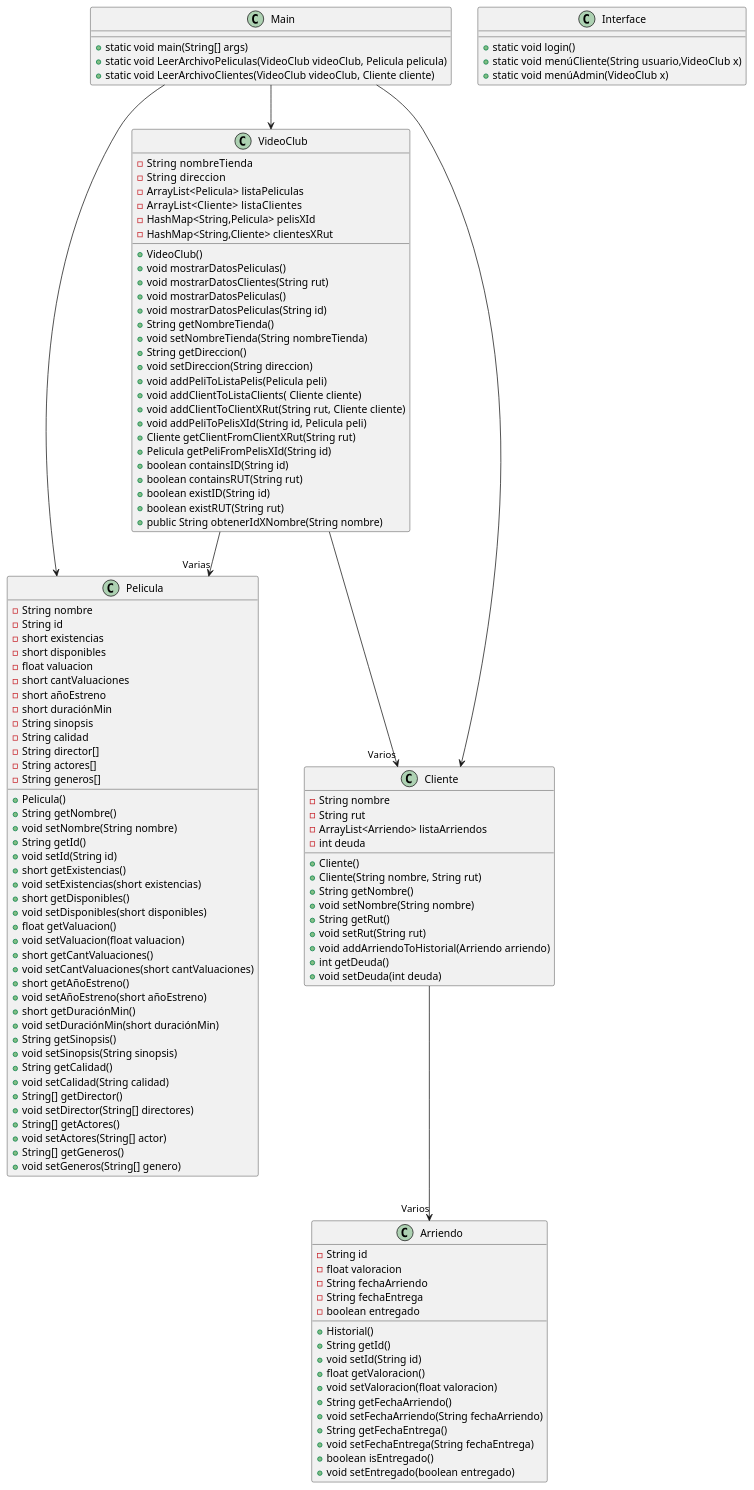
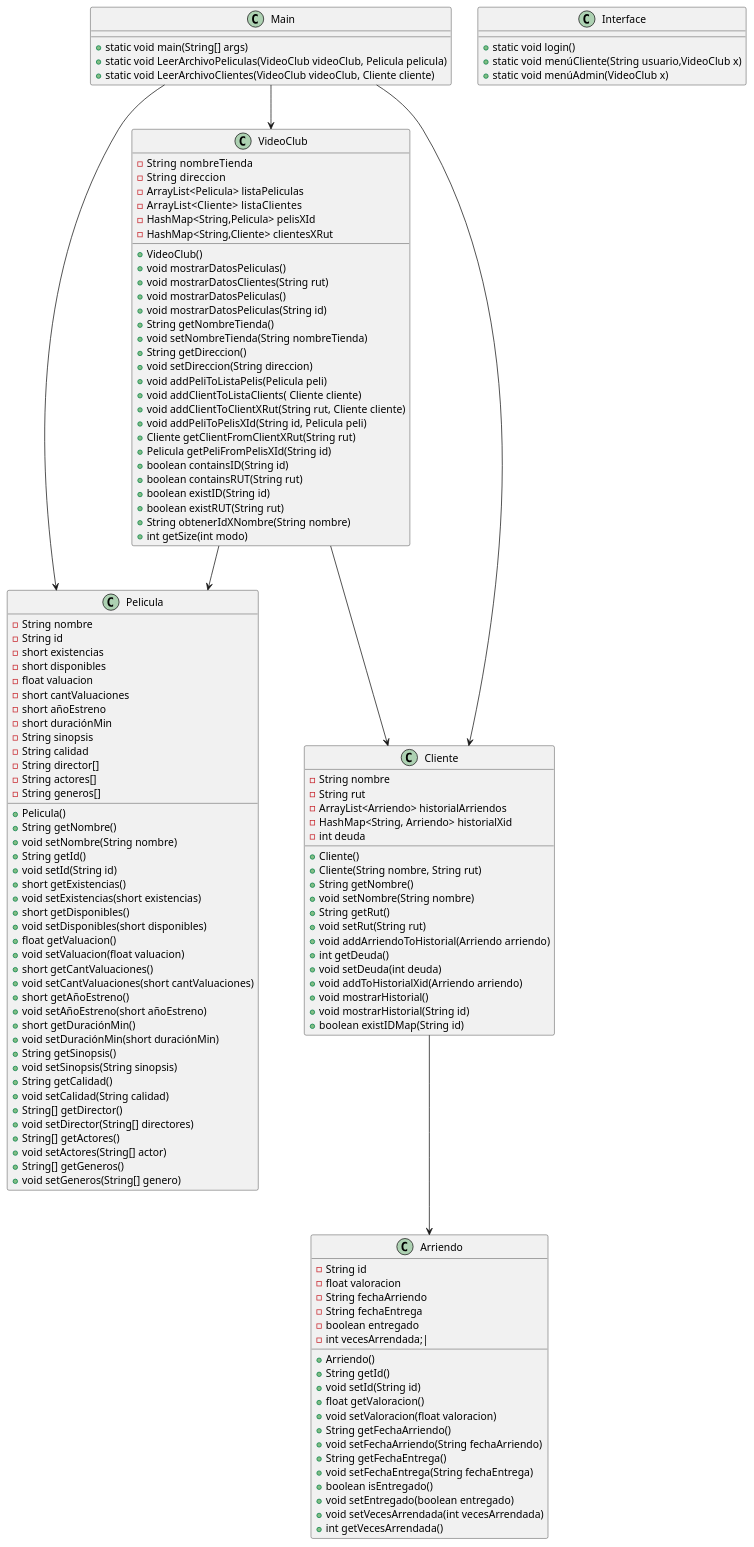
One commit to luis922/Proyecto-POO-2S-2021 changed the diagram in Videoclub/src/main/java/Test UML.puml. Above: the diagram before and after it, drawn with PlantUML. The commit also changed 1 other file, not shown here.

Commit message:
se agrega un espacio en cliente y se actualiza Diagrama

```diff
--- a/Videoclub/src/main/java/Test UML.puml
+++ b/Videoclub/src/main/java/Test UML.puml
@@ -1,131 +1,140 @@
 @startuml
 Main --> VideoClub
 Main --> Pelicula
 Main --> Cliente
-VideoClub  --> "Varios" Cliente
-VideoClub  --> "Varias" Pelicula
-Cliente  --> "Varios"Arriendo
+VideoClub  -->  Cliente
+VideoClub  -->  Pelicula
+Cliente  --> Arriendo
 
 class VideoClub{
     -String  nombreTienda
     -String  direccion
     -ArrayList<Pelicula> listaPeliculas
     -ArrayList<Cliente>   listaClientes
     -HashMap<String,Pelicula> pelisXId
     -HashMap<String,Cliente> clientesXRut
 
     +VideoClub()
     +void mostrarDatosPeliculas()
     +void mostrarDatosClientes(String rut)
     +void mostrarDatosPeliculas()
     +void mostrarDatosPeliculas(String id)
     +String getNombreTienda()
     +void setNombreTienda(String nombreTienda)
     +String getDireccion()
     +void setDireccion(String direccion)
     +void addPeliToListaPelis(Pelicula peli)
     +void addClientToListaClients( Cliente cliente)
     +void addClientToClientXRut(String rut, Cliente cliente)
     +void addPeliToPelisXId(String id, Pelicula peli)
     +Cliente getClientFromClientXRut(String rut)
     +Pelicula getPeliFromPelisXId(String id)
     +boolean containsID(String id)
     +boolean containsRUT(String rut)
     +boolean existID(String id)
     +boolean existRUT(String rut)
-    +public String obtenerIdXNombre(String nombre)
+    +String obtenerIdXNombre(String nombre)
+    +int getSize(int modo)
 }
 
 class Cliente{
     -String nombre
     -String rut
-    -ArrayList<Arriendo> listaArriendos
+    -ArrayList<Arriendo> historialArriendos
+    -HashMap<String, Arriendo> historialXid
     -int deuda
 
     +Cliente()
     +Cliente(String nombre, String rut)
     +String getNombre()
     +void setNombre(String nombre)
     +String getRut()
     +void setRut(String rut)
     +void addArriendoToHistorial(Arriendo arriendo)
     +int getDeuda()
     +void setDeuda(int deuda)
+    +void addToHistorialXid(Arriendo arriendo)
+    +void mostrarHistorial()
+    +void mostrarHistorial(String id)
+    +boolean existIDMap(String id)
 }
 
 class Pelicula{
     -String nombre
     -String id
     -short existencias
     -short disponibles
     -float valuacion
     -short cantValuaciones
     -short añoEstreno
     -short duraciónMin
     -String sinopsis
     -String calidad
     -String director[]
     -String actores[]
     -String generos[]
 
     +Pelicula()
     +String getNombre()
     +void setNombre(String nombre)
     +String getId()
     +void setId(String id)
     +short getExistencias()
     +void setExistencias(short existencias)
     +short getDisponibles()
     +void setDisponibles(short disponibles)
     +float getValuacion()
     +void setValuacion(float valuacion)
     +short getCantValuaciones()
     +void setCantValuaciones(short cantValuaciones)
     +short getAñoEstreno()
     +void setAñoEstreno(short añoEstreno)
     +short getDuraciónMin()
     +void setDuraciónMin(short duraciónMin)
     +String getSinopsis()
     +void setSinopsis(String sinopsis)
     +String getCalidad()
     +void setCalidad(String calidad)
     +String[] getDirector()
     +void setDirector(String[] directores)
     +String[] getActores()
     +void setActores(String[] actor)
     +String[] getGeneros()
     +void setGeneros(String[] genero)
 }
 
 class Arriendo{
     -String id
     -float valoracion
     -String fechaArriendo
     -String fechaEntrega
     -boolean entregado
+    - int vecesArrendada;|
 
-    +Historial()
+    +Arriendo()
     +String getId()
     +void setId(String id)
     +float getValoracion()
     +void setValoracion(float valoracion)
     +String getFechaArriendo()
     +void setFechaArriendo(String fechaArriendo)
     +String getFechaEntrega()
     +void setFechaEntrega(String fechaEntrega)
     +boolean isEntregado()
     +void setEntregado(boolean entregado)
+    +void setVecesArrendada(int vecesArrendada)
+    +int getVecesArrendada()
 }
 
 class Main{
     +static void main(String[] args)
     +static void LeerArchivoPeliculas(VideoClub videoClub, Pelicula pelicula)
     +static void LeerArchivoClientes(VideoClub videoClub, Cliente cliente)
 
 }
 class Interface{
     +static void login()
     +static void menúCliente(String usuario,VideoClub x)
     +static void menúAdmin(VideoClub x)
 }
 @enduml
```
